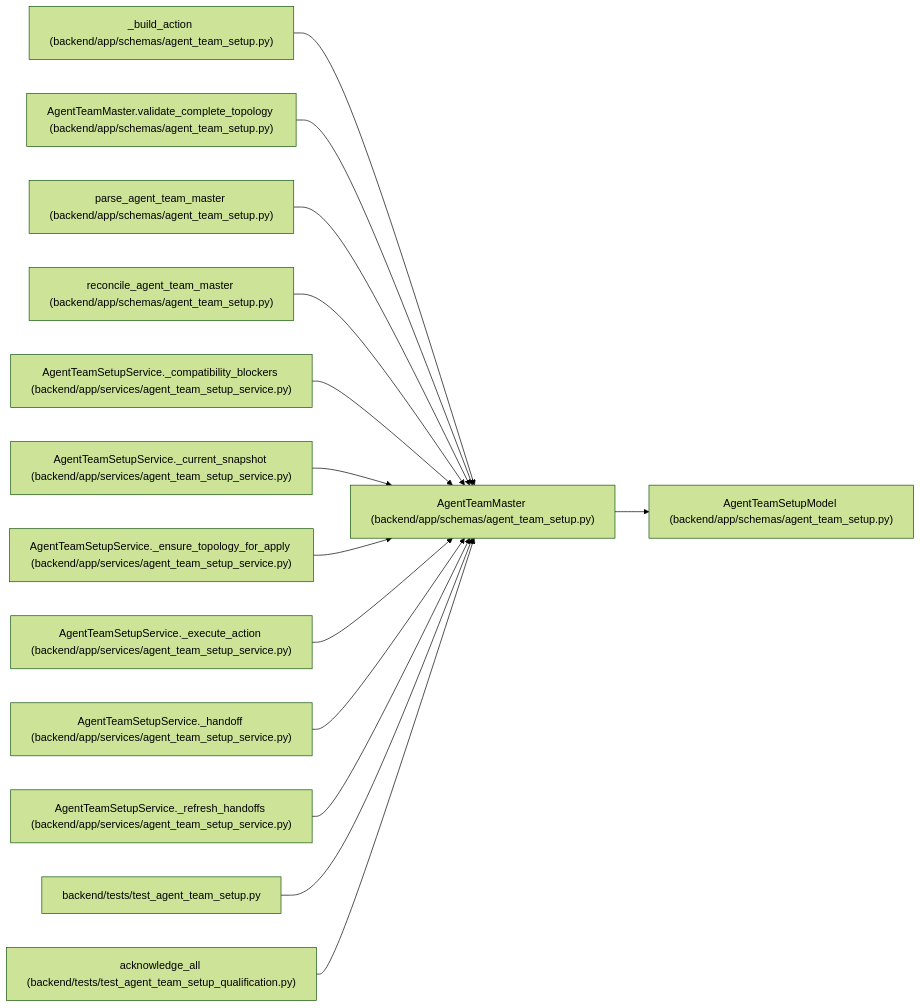
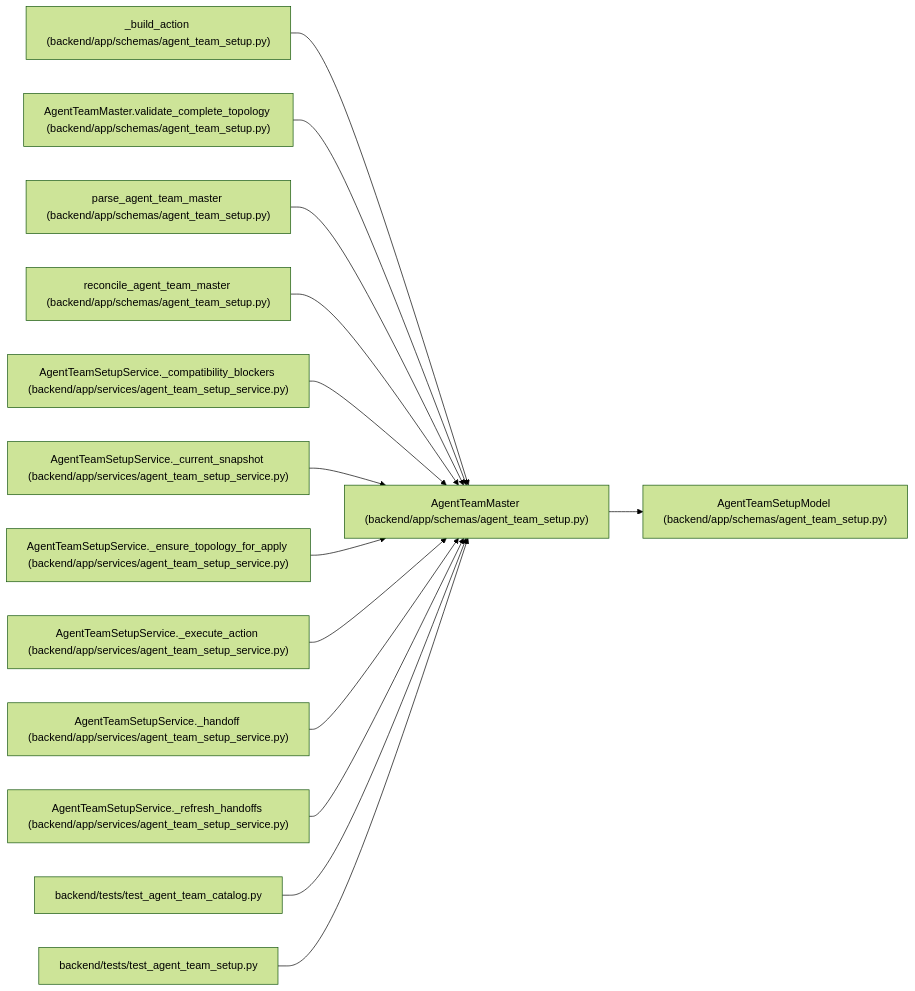
One commit to Denissvgn/WorkChord changed the diagram in docs/llm_wiki/entities/agent_team_setup_AgentTeamMaster.md. Above: the diagram before and after it, drawn with Mermaid (forest theme). The commit also changed other lines of this file and 239 other files, not shown here.

````diff
--- a/docs/llm_wiki/entities/agent_team_setup_AgentTeamMaster.md
+++ b/docs/llm_wiki/entities/agent_team_setup_AgentTeamMaster.md
@@ -50,44 +50,44 @@
 ```mermaid
 flowchart LR
     n0["AgentTeamMaster (backend/app/schemas/agent_team_setup.py)"]
     n1["AgentTeamSetupModel (backend/app/schemas/agent_team_setup.py)"]
     n2["_build_action (backend/app/schemas/agent_team_setup.py)"]
     n3["AgentTeamMaster.validate_complete_topology (backend/app/schemas/agent_team_setup.py)"]
     n4["parse_agent_team_master (backend/app/schemas/agent_team_setup.py)"]
     n5["reconcile_agent_team_master (backend/app/schemas/agent_team_setup.py)"]
     n6["AgentTeamSetupService._compatibility_blockers (backend/app/services/agent_team_setup_service.py)"]
     n7["AgentTeamSetupService._current_snapshot (backend/app/services/agent_team_setup_service.py)"]
     n8["AgentTeamSetupService._ensure_topology_for_apply (backend/app/services/agent_team_setup_service.py)"]
     n9["AgentTeamSetupService._execute_action (backend/app/services/agent_team_setup_service.py)"]
     n10["AgentTeamSetupService._handoff (backend/app/services/agent_team_setup_service.py)"]
     n11["AgentTeamSetupService._refresh_handoffs (backend/app/services/agent_team_setup_service.py)"]
-    n12["backend/tests/test_agent_team_setup.py"]
-    n13["acknowledge_all (backend/tests/test_agent_team_setup_qualification.py)"]
+    n12["backend/tests/test_agent_team_catalog.py"]
+    n13["backend/tests/test_agent_team_setup.py"]
     n0 --> n1
     n2 --> n0
     n3 --> n0
     n4 --> n0
     n5 --> n0
     n6 --> n0
     n7 --> n0
     n8 --> n0
     n9 --> n0
     n10 --> n0
     n11 --> n0
     n12 --> n0
     n13 --> n0
     click n0 "../modules/agent_team_setup.md"
     click n1 "../modules/agent_team_setup.md"
     click n2 "../modules/agent_team_setup.md"
     click n3 "../modules/agent_team_setup.md"
     click n4 "../modules/agent_team_setup.md"
     click n5 "../modules/agent_team_setup.md"
     click n6 "../modules/agent_team_setup_service.md"
     click n7 "../modules/agent_team_setup_service.md"
     click n8 "../modules/agent_team_setup_service.md"
     click n9 "../modules/agent_team_setup_service.md"
     click n10 "../modules/agent_team_setup_service.md"
     click n11 "../modules/agent_team_setup_service.md"
-    click n12 "../modules/test_agent_team_setup.md"
-    click n13 "../modules/test_agent_team_setup_qualification.md"
+    click n12 "../modules/test_agent_team_catalog.md"
+    click n13 "../modules/test_agent_team_setup.md"
 ```
````
